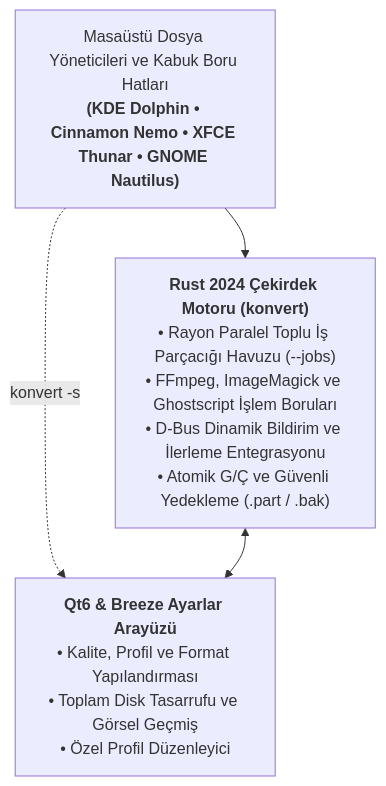
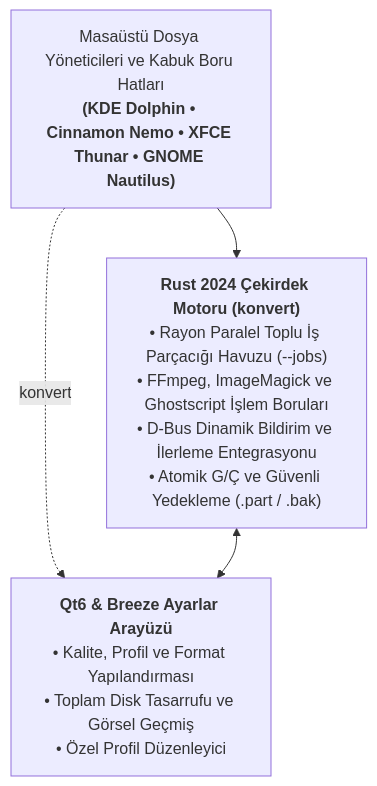
One commit to enesehs/konvert changed the diagram in README_tr.md. Above: the diagram before and after it, drawn with Mermaid. The commit also changed other lines of this file and 16 other files, not shown here.

````diff
--- a/README_tr.md
+++ b/README_tr.md
@@ -306,6 +338,6 @@
 ```mermaid
 flowchart TD
     FM["Masaüstü Dosya Yöneticileri ve Kabuk Boru Hatları<br><b>(KDE Dolphin • Cinnamon Nemo • XFCE Thunar • GNOME Nautilus)</b>"] --> CORE["<b>Rust 2024 Çekirdek Motoru (konvert)</b><br>• Rayon Paralel Toplu İş Parçacığı Havuzu (--jobs)<br>• FFmpeg, ImageMagick ve Ghostscript İşlem Boruları<br>• D-Bus Dinamik Bildirim ve İlerleme Entegrasyonu<br>• Atomik G/Ç ve Güvenli Yedekleme (.part / .bak)"]
-    FM -.->|"konvert -s"| GUI["<b>Qt6 & Breeze Ayarlar Arayüzü</b><br>• Kalite, Profil ve Format Yapılandırması<br>• Toplam Disk Tasarrufu ve Görsel Geçmiş<br>• Özel Profil Düzenleyici"]
+    FM -.->|"konvert"| GUI["<b>Qt6 & Breeze Ayarlar Arayüzü</b><br>• Kalite, Profil ve Format Yapılandırması<br>• Toplam Disk Tasarrufu ve Görsel Geçmiş<br>• Özel Profil Düzenleyici"]
     CORE <--> GUI
 ```
````
